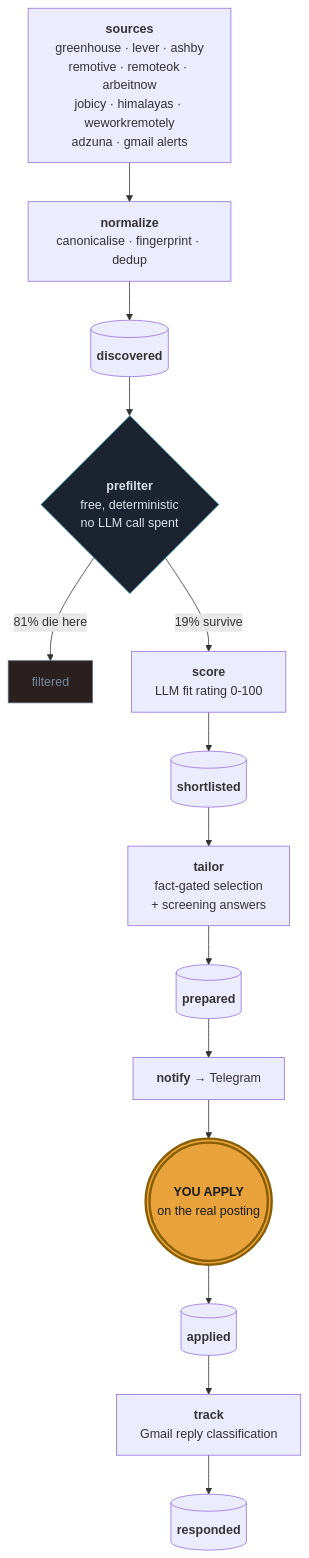
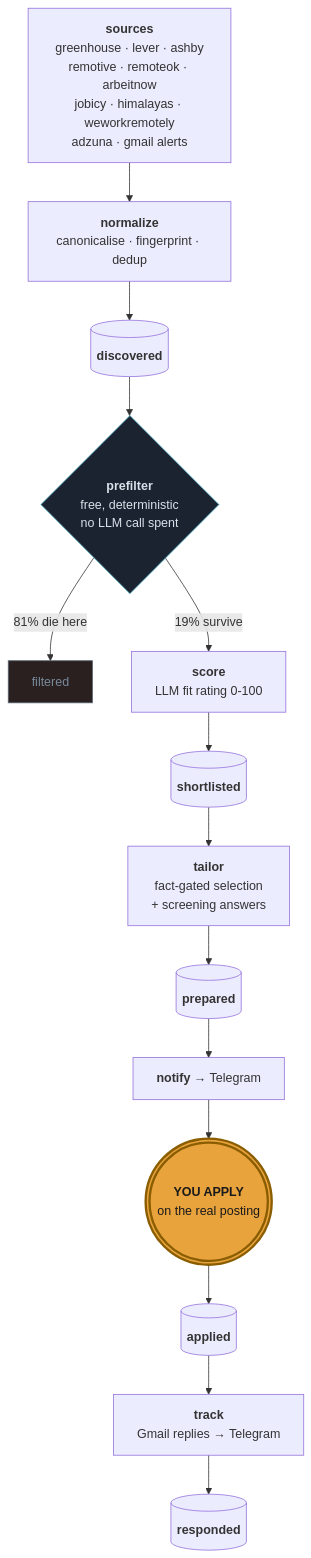
One commit to Asit0007/JobPipe changed the diagram in README.md. Above: the diagram before and after it, drawn with Mermaid. The commit also changed other lines of this file and 9 other files, not shown here.

````diff
--- a/README.md
+++ b/README.md
@@ -49,20 +49,20 @@
 ```mermaid
 flowchart TD
     A["<b>sources</b><br/>greenhouse · lever · ashby<br/>remotive · remoteok · arbeitnow<br/>jobicy · himalayas · weworkremotely<br/>adzuna · gmail alerts"] --> B["<b>normalize</b><br/>canonicalise · fingerprint · dedup"]
     B --> C[("<b>discovered</b>")]
     C --> D{"<b>prefilter</b><br/>free, deterministic<br/>no LLM call spent"}
     D -->|"81% die here"| E["filtered"]
     D -->|"19% survive"| F["<b>score</b><br/>LLM fit rating 0-100"]
     F --> G[("<b>shortlisted</b>")]
     G --> H["<b>tailor</b><br/>fact-gated selection<br/>+ screening answers"]
     H --> I[("<b>prepared</b>")]
     I --> J["<b>notify</b> → Telegram"]
     J --> K((("<b>YOU APPLY</b><br/>on the real posting")))
     K --> L[("<b>applied</b>")]
-    L --> M["<b>track</b><br/>Gmail reply classification"]
+    L --> M["<b>track</b><br/>Gmail replies → Telegram"]
     M --> N[("<b>responded</b>")]
 
     style K fill:#E8A33D,stroke:#8a5d00,stroke-width:3px,color:#1a1a1a
     style D fill:#1B2330,stroke:#4FB3C9,color:#D9E1EA
     style E fill:#2a2020,stroke:#5A6675,color:#78899B
 ```
````
